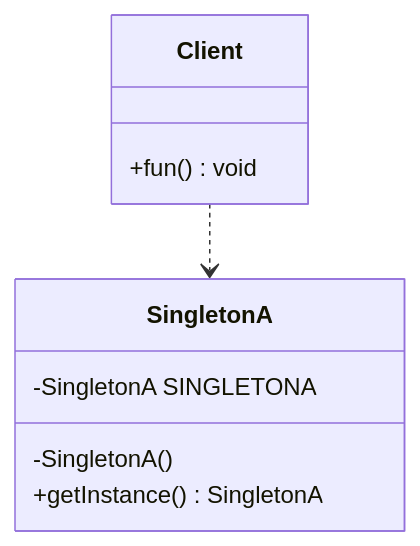
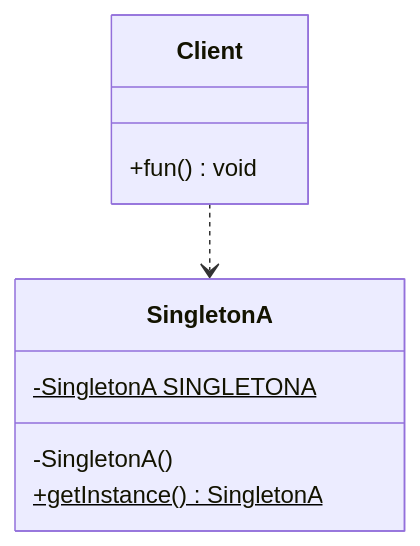
Before and after one commit to lingwh1995/blog: the second of 7 diagrams in docs/blogs/general/designpattern/designpattern-java/shardings/designpattern-java-chapter-4.创建型模式-单例模式.md, drawn with Mermaid. The commit also changed other lines of this file and 259 other files, not shown here.

````diff
--- a/docs/blogs/general/designpattern/designpattern-java/shardings/designpattern-java-chapter-4.创建型模式-单例模式.md
+++ b/docs/blogs/general/designpattern/designpattern-java/shardings/designpattern-java-chapter-4.创建型模式-单例模式.md
@@ -40,12 +64,12 @@
 ```mermaid
 classDiagram
     Client ..> SingletonA
     class SingletonA {
-        -SingletonA SINGLETONA
+        -SingletonA SINGLETONA$
         -SingletonA()
-        +getInstance() SingletonA
+        +getInstance()$ SingletonA
     }
     class Client {
         +fun() void
     }
 ```
````
